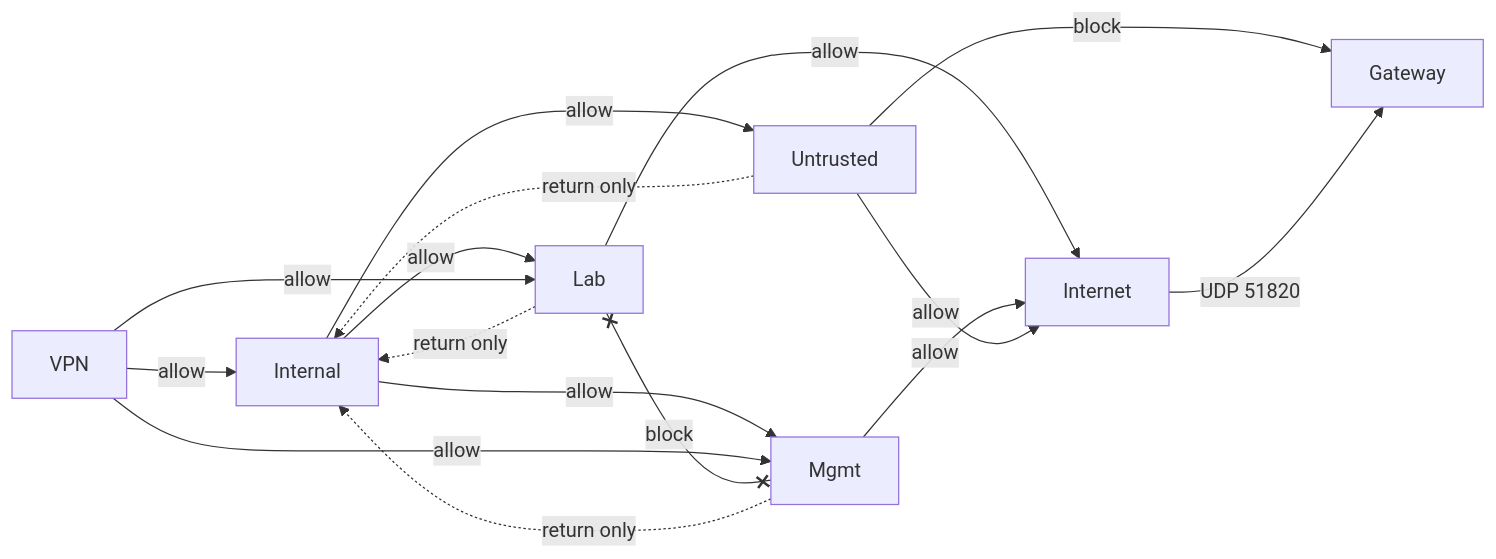
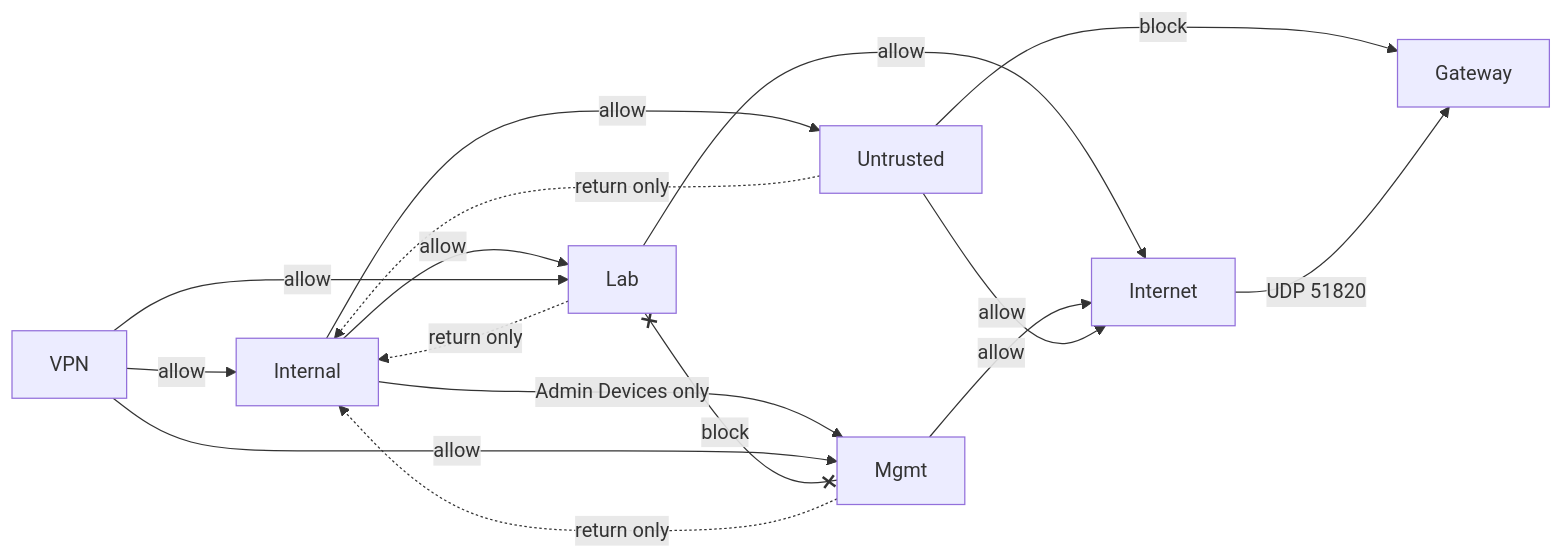
The diagram in docs/firewall.md (shaaz-f/home-server), drawn with Mermaid before and after one commit. The commit also changed other lines of this file and 2 other files, not shown here.

Commit message:
Document Mgmt access limited to admin devices

````diff
--- a/docs/firewall.md
+++ b/docs/firewall.md
@@ -37,18 +37,18 @@
 ```mermaid
 flowchart LR
     I[Internal] -->|allow| L[Lab]
-    I -->|allow| M[Mgmt]
+    I -->|Admin Devices only| M[Mgmt]
     I -->|allow| U[Untrusted]
     V[VPN] -->|allow| I
     V -->|allow| L
     V -->|allow| M
     L -.->|return only| I
     M -.->|return only| I
     L x--x|block| M
     U -.->|return only| I
     U -->|block| G[Gateway]
     L -->|allow| E[Internet]
     M -->|allow| E
     U -->|allow| E
     E -->|UDP 51820| G
 ```
````
